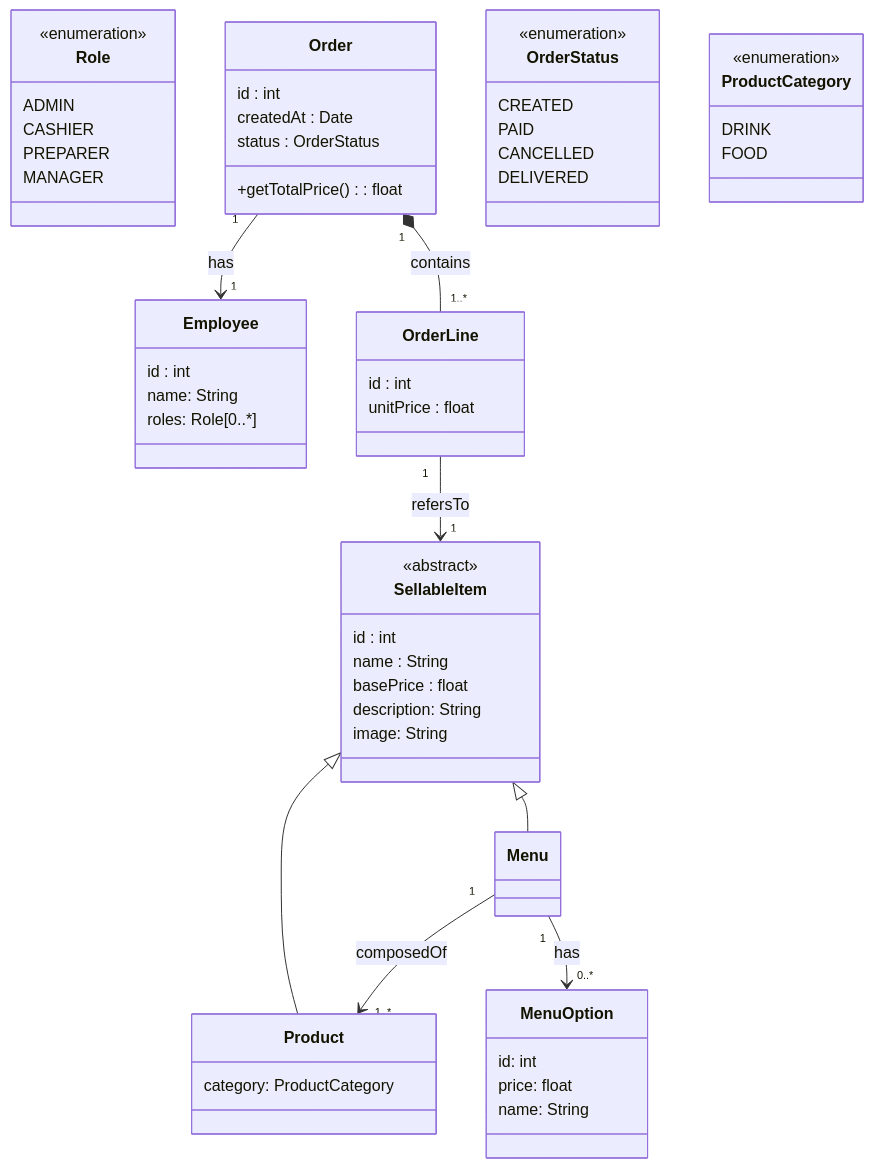
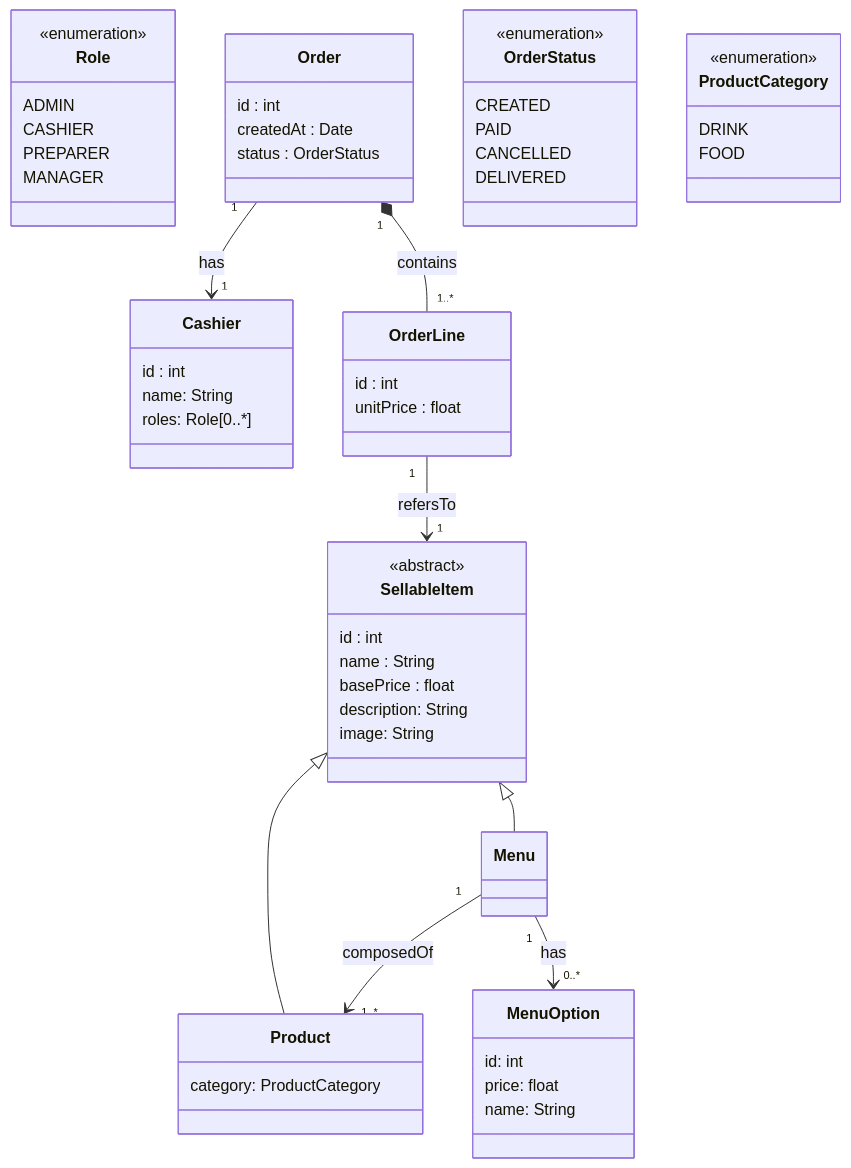
Before and after one commit to Keenegan/wackdo: the diagram in docs/CLASS-DIAGRAM.md, drawn with Mermaid. The commit also changed 16 other files, not shown here.

````diff
--- a/docs/CLASS-DIAGRAM.md
+++ b/docs/CLASS-DIAGRAM.md
@@ -1,74 +1,73 @@
 ```mermaid
 classDiagram
 
-    class Employee {
+    class Cashier {
         id : int
         name: String
         roles: Role[0..*]
     }
 
     class Role {
         <<enumeration>>
         ADMIN
         CASHIER
         PREPARER
         MANAGER
     }
 
     class Order {
         id : int
         createdAt : Date
         status : OrderStatus
-        +getTotalPrice(): float
     }
 
     class OrderStatus {
         <<enumeration>>
         CREATED
         PAID
         CANCELLED
         DELIVERED
     }
 
     class OrderLine {
         id : int
         unitPrice : float
     }
 
     class SellableItem {
         <<abstract>>
         id : int
         name : String
         basePrice : float
         description: String
         image: String
     }
 
     class Product {
         category: ProductCategory
     }
 
     class ProductCategory {
         <<enumeration>>
         DRINK
         FOOD
     }
 
     class Menu {
     }
 
     class MenuOption {
         id: int
         price:  float
         name: String
     }
 
     SellableItem <|-- Product
     SellableItem <|-- Menu
 
     Order "1" *-- "1..*" OrderLine : contains
     OrderLine "1" --> "1" SellableItem : refersTo
-    Order "1" --> "1" Employee : has
+    Order "1" --> "1" Cashier : has
     Menu "1" --> "1..*" Product : composedOf
     Menu "1" --> "0..*" MenuOption: has
 ```
````
